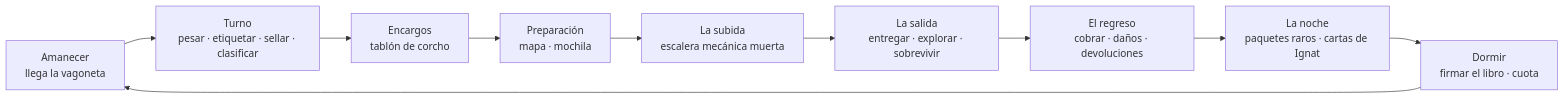
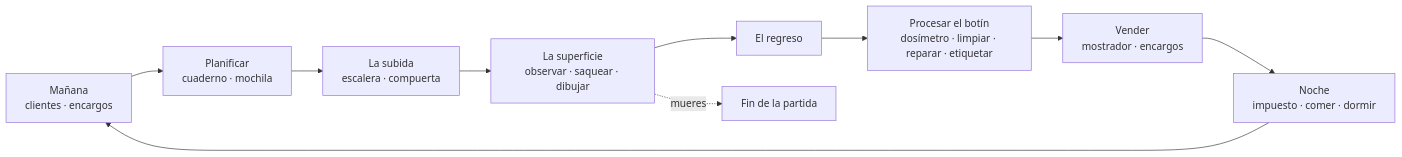
One commit to Noel619/Metro_S.T.A.L.K.E.R changed the first of 2 diagrams in README.md. Above: the diagram before and after it, drawn with Mermaid. The commit also changed other lines of this file, not shown here.

````diff
--- a/README.md
+++ b/README.md
@@ -122,12 +138,12 @@
 ```mermaid
 flowchart LR
-    A["Amanecer<br/>llega la vagoneta"] --> B["Turno<br/>pesar · etiquetar · sellar · clasificar"]
-    B --> C["Encargos<br/>tablón de corcho"]
-    C --> D["Preparación<br/>mapa · mochila"]
-    D --> E["La subida<br/>escalera mecánica muerta"]
-    E --> F["La salida<br/>entregar · explorar · sobrevivir"]
-    F --> G["El regreso<br/>cobrar · daños · devoluciones"]
-    G --> H["La noche<br/>paquetes raros · cartas de Ignat"]
-    H --> I["Dormir<br/>firmar el libro · cuota"]
-    I --> A
+    A["Mañana<br/>clientes · encargos"] --> B["Planificar<br/>cuaderno · mochila"]
+    B --> C["La subida<br/>escalera · compuerta"]
+    C --> D["La superficie<br/>observar · saquear · dibujar"]
+    D --> E["El regreso"]
+    D -.->|mueres| X["Fin de la partida"]
+    E --> F["Procesar el botín<br/>dosímetro · limpiar · reparar · etiquetar"]
+    F --> G["Vender<br/>mostrador · encargos"]
+    G --> H["Noche<br/>impuesto · comer · dormir"]
+    H --> A
 ```
````
